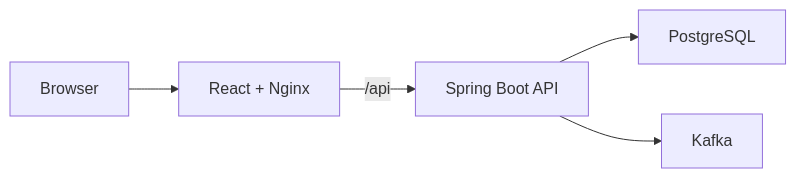
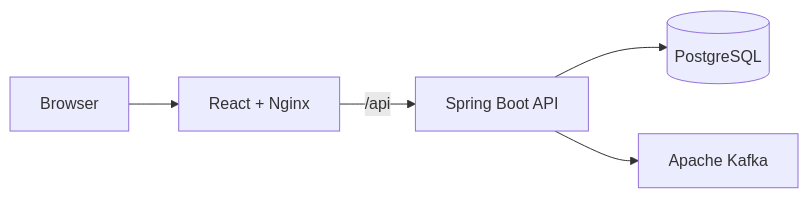
One commit to CMac1031/Capstone-project changed the diagram in README.md. Above: the diagram before and after it, drawn with Mermaid. The commit also changed other lines of this file and 5 other files, not shown here.

````diff
--- a/README.md
+++ b/README.md
@@ -6,7 +23,7 @@
 ```mermaid
 flowchart LR
     Browser --> Frontend[React + Nginx]
     Frontend -->|/api| Backend[Spring Boot API]
-    Backend --> PostgreSQL
-    Backend --> Kafka
+    Backend --> PostgreSQL[(PostgreSQL)]
+    Backend --> Kafka[Apache Kafka]
 ```
````
